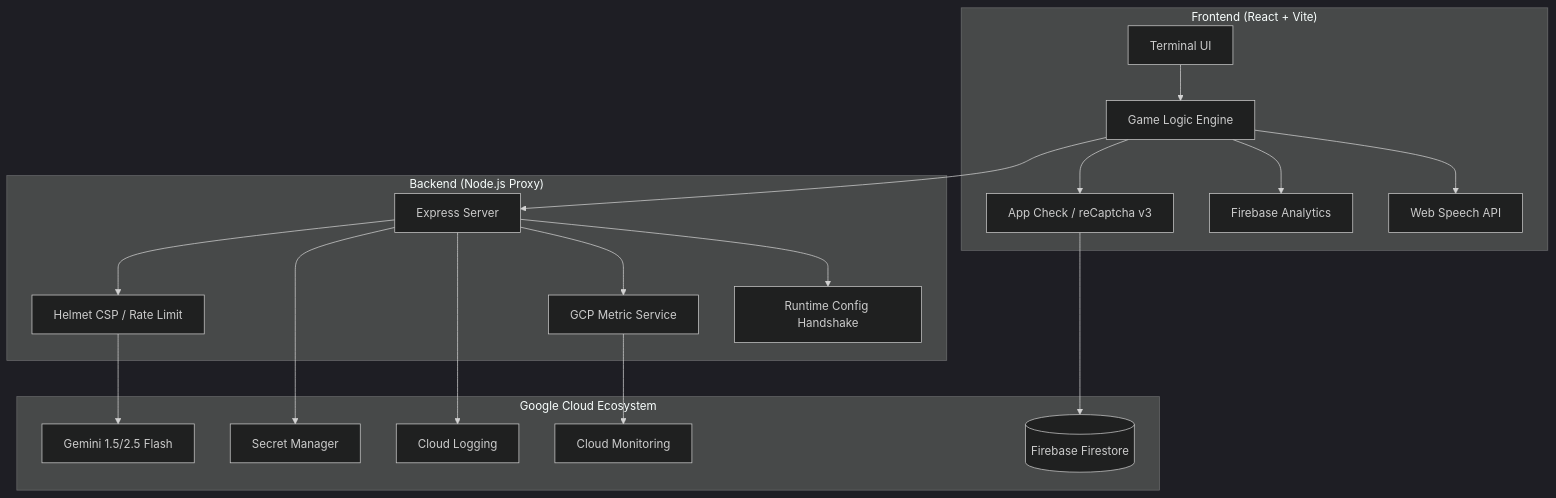
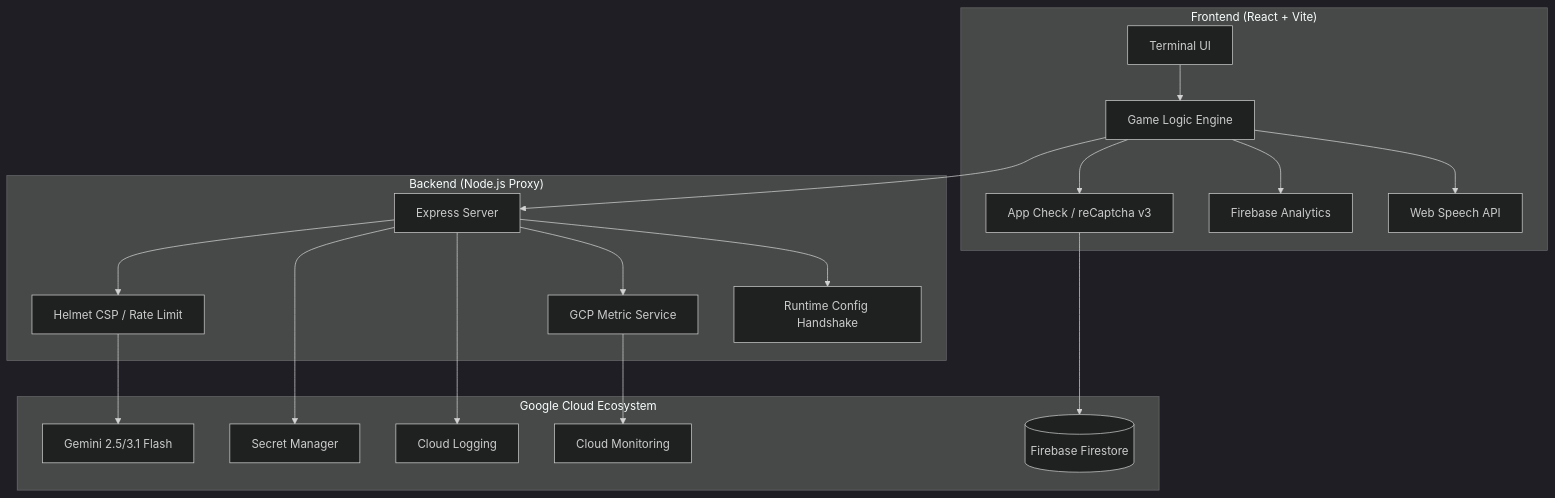
Before and after one commit to Vivek-PawarCG/defuse-ai: the diagram in README.md, drawn with Mermaid (dark theme).

Commit message:
read me model

````diff
--- a/README.md
+++ b/README.md
@@ -10,39 +10,39 @@
 ```mermaid
 graph TD
     subgraph "Frontend (React + Vite)"
         UI[Terminal UI]
         GL[Game Logic Engine]
         AA[App Check / reCaptcha v3]
         AN[Firebase Analytics]
         TTS[Web Speech API]
     end
 
     subgraph "Backend (Node.js Proxy)"
         SRV[Express Server]
         SEC[Helmet CSP / Rate Limit]
         GPM[GCP Metric Service]
         CFG[Runtime Config Handshake]
     end
 
     subgraph "Google Cloud Ecosystem"
-        GEM[Gemini 1.5/2.5 Flash]
+        GEM[Gemini 2.5/3.1 Flash]
         DB[(Firebase Firestore)]
         SM[Secret Manager]
         LOG[Cloud Logging]
         MON[Cloud Monitoring]
     end
 
     UI --> GL
     GL --> SRV
     SRV --> SEC
     SEC --> GEM
     GL --> AA
     GL --> AN
     AA --> DB
     SRV --> SM
     SRV --> LOG
     SRV --> GPM
     GPM --> MON
     SRV --> CFG
     GL --> TTS
 ```
````
